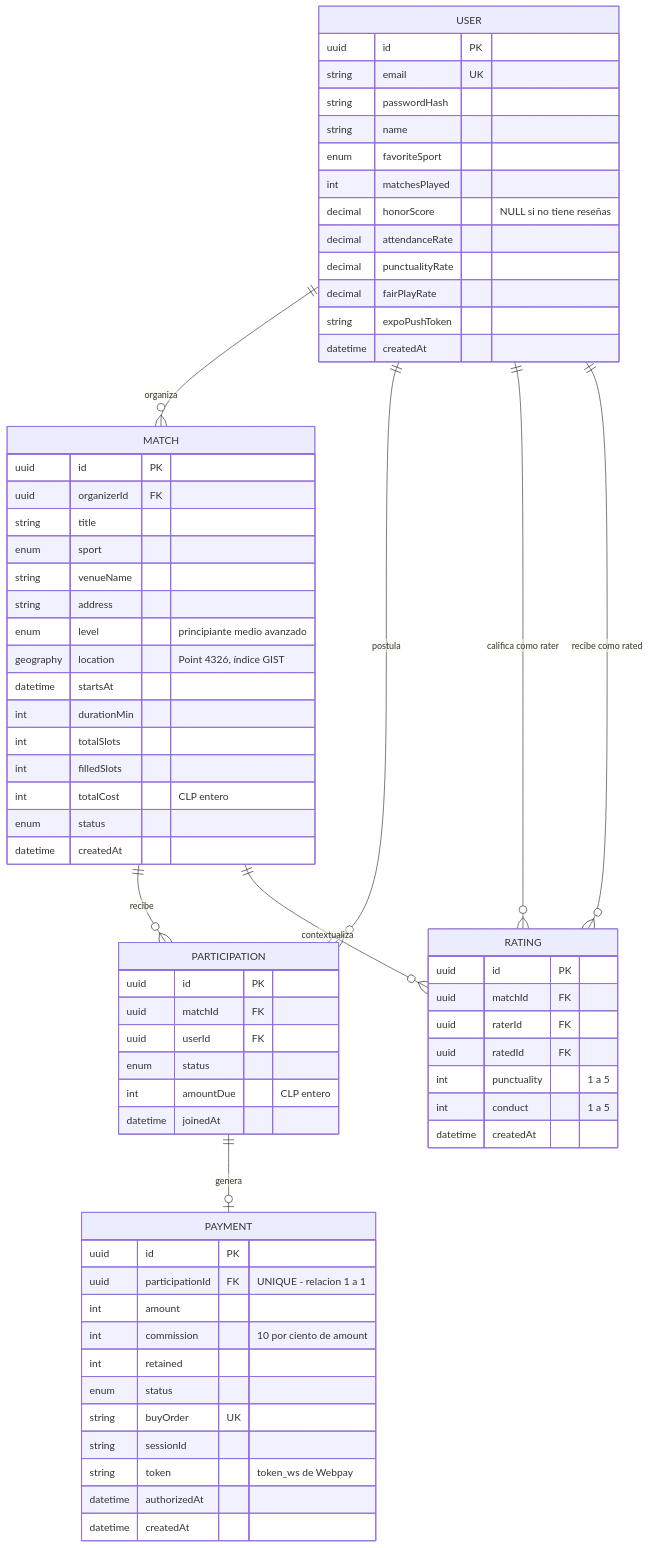
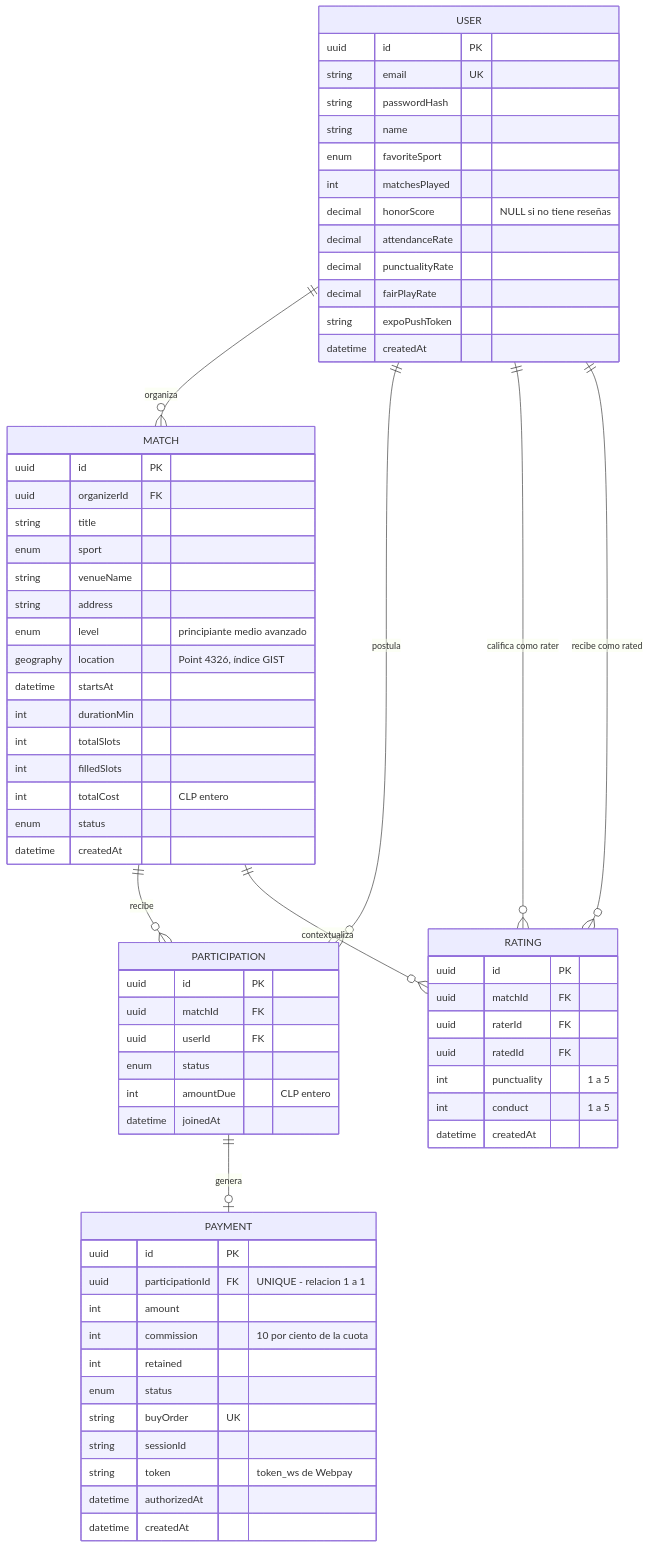
The diagram in fase-2-desarrollo/docs/01-modelo-datos.md (avenaaaa/KANCHA), drawn with Mermaid before and after one commit. The commit also changed other lines of this file and 27 other files, not shown here.

````diff
--- a/fase-2-desarrollo/docs/01-modelo-datos.md
+++ b/fase-2-desarrollo/docs/01-modelo-datos.md
@@ -26,76 +26,76 @@
 ```mermaid
 erDiagram
     USER ||--o{ MATCH : "organiza"
     USER ||--o{ PARTICIPATION : "postula"
     MATCH ||--o{ PARTICIPATION : "recibe"
     PARTICIPATION ||--o| PAYMENT : "genera"
     USER ||--o{ RATING : "califica como rater"
     USER ||--o{ RATING : "recibe como rated"
     MATCH ||--o{ RATING : "contextualiza"
 
     USER {
         uuid     id PK
         string   email UK
         string   passwordHash
         string   name
         enum     favoriteSport
         int      matchesPlayed
         decimal  honorScore "NULL si no tiene reseñas"
         decimal  attendanceRate
         decimal  punctualityRate
         decimal  fairPlayRate
         string   expoPushToken
         datetime createdAt
     }
 
     MATCH {
         uuid      id PK
         uuid      organizerId FK
         string    title
         enum      sport
         string    venueName
         string    address
         enum      level "principiante medio avanzado"
         geography location "Point 4326, índice GIST"
         datetime  startsAt
         int       durationMin
         int       totalSlots
         int       filledSlots
         int       totalCost "CLP entero"
         enum      status
         datetime  createdAt
     }
 
     PARTICIPATION {
         uuid     id PK
         uuid     matchId FK
         uuid     userId FK
         enum     status
         int      amountDue "CLP entero"
         datetime joinedAt
     }
 
     RATING {
         uuid     id PK
         uuid     matchId FK
         uuid     raterId FK
         uuid     ratedId FK
         int      punctuality "1 a 5"
         int      conduct "1 a 5"
         datetime createdAt
     }
 
     PAYMENT {
         uuid     id PK
         uuid     participationId FK "UNIQUE - relacion 1 a 1"
         int      amount
-        int      commission "10 por ciento de amount"
+        int      commission "10 por ciento de la cuota"
         int      retained
         enum     status
         string   buyOrder UK
         string   sessionId
         string   token "token_ws de Webpay"
         datetime authorizedAt
         datetime createdAt
     }
 ```
````
